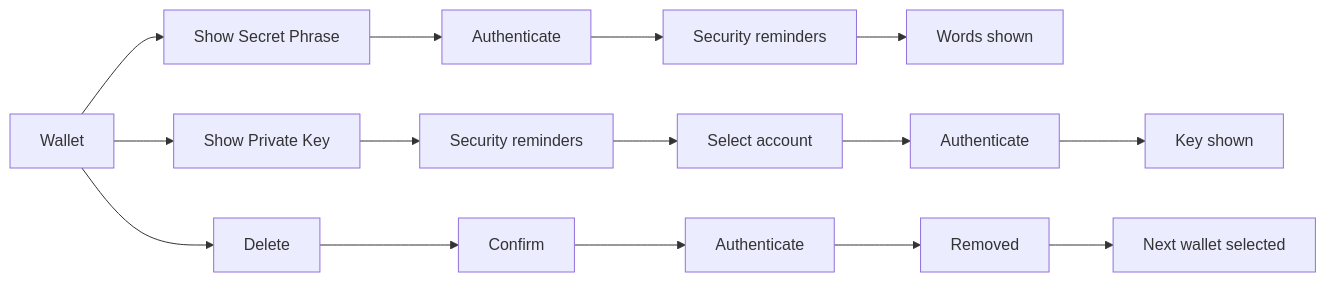
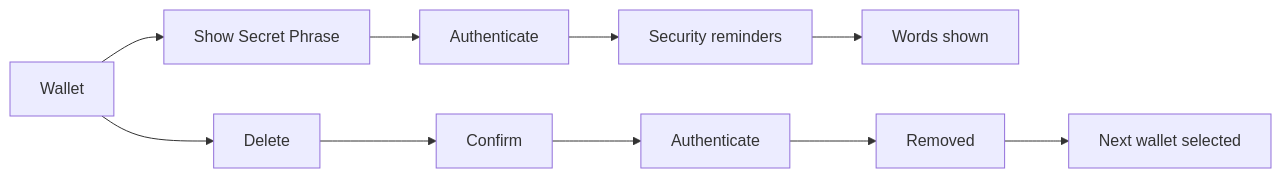
One commit to Kimou-VM/wallet changed the third of 3 diagrams in docs/product/wallet.md. Above: the diagram before and after it, drawn with Mermaid. The commit also changed other lines of this file and 109 other files, not shown here.

Commit message:
Revert private key export changes from main

````diff
--- a/docs/product/wallet.md
+++ b/docs/product/wallet.md
@@ -73,6 +73,5 @@
 ```mermaid
 flowchart LR
     A[Wallet] --> B[Show Secret Phrase] --> C[Authenticate] --> D[Security reminders] --> E[Words shown]
-    A --> K[Show Private Key] --> L[Security reminders] --> M[Select account] --> N[Authenticate] --> O[Key shown]
     A --> F[Delete] --> G[Confirm] --> H[Authenticate] --> I[Removed] --> J[Next wallet selected]
 ```
````
